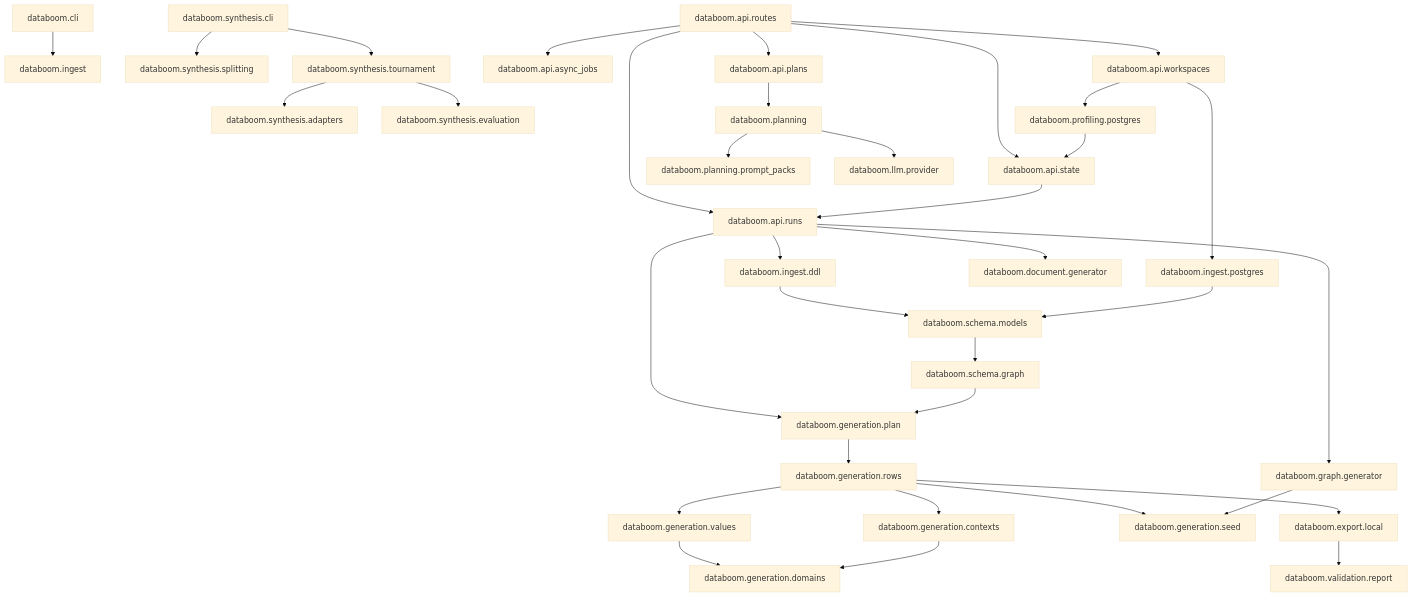
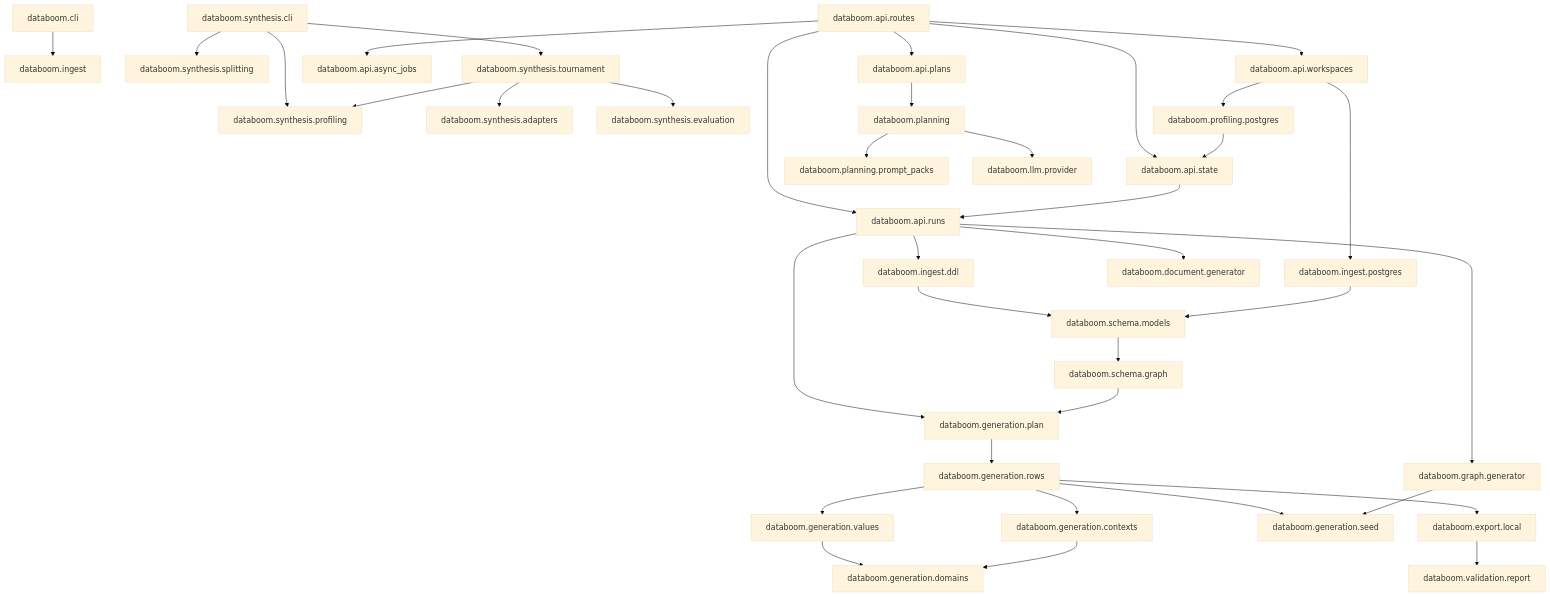
The first of 12 diagrams in docs/engineering/low-level-design.md (smitzo/DataBoom), drawn with Mermaid (base theme) before and after one commit. The commit also changed other lines of this file and 20 other files, not shown here.

````diff
--- a/docs/engineering/low-level-design.md
+++ b/docs/engineering/low-level-design.md
@@ -7,41 +7,43 @@
 ```mermaid
 flowchart TD
     CLI[databoom.cli] --> Ingest[databoom.ingest]
     MLCLI[databoom.synthesis.cli] --> Split[databoom.synthesis.splitting]
+    MLCLI --> StatsProfile[databoom.synthesis.profiling]
     MLCLI --> Tournament[databoom.synthesis.tournament]
     Tournament --> Adapters[databoom.synthesis.adapters]
     Tournament --> Quality[databoom.synthesis.evaluation]
+    Tournament --> StatsProfile
     API[databoom.api.routes] --> Runs[databoom.api.runs]
     API --> Async[databoom.api.async_jobs]
     API --> State[databoom.api.state]
     API --> Workspaces[databoom.api.workspaces]
     API --> PlanRoutes[databoom.api.plans]
     PlanRoutes --> Planner[databoom.planning]
     Planner --> PromptPacks[databoom.planning.prompt_packs]
     Planner --> ProviderPolicy[databoom.llm.provider]
 
     Workspaces --> IngestPostgres[databoom.ingest.postgres]
     Workspaces --> Profiling[databoom.profiling.postgres]
     Runs --> IngestDDL[databoom.ingest.ddl]
     Runs --> Planning[databoom.generation.plan]
     Runs --> Document[databoom.document.generator]
     Runs --> GraphBoom[databoom.graph.generator]
 
     IngestDDL --> Schema[databoom.schema.models]
     IngestPostgres --> Schema
     Schema --> Graph[databoom.schema.graph]
     Graph --> Planning
 
     Planning --> Rows[databoom.generation.rows]
     Rows --> Values[databoom.generation.values]
     Rows --> Contexts[databoom.generation.contexts]
     Rows --> Seed[databoom.generation.seed]
     Values --> Domains[databoom.generation.domains]
     Contexts --> Domains
 
     Rows --> Export[databoom.export.local]
     GraphBoom --> Seed
     Export --> Validation[databoom.validation.report]
     Profiling --> State
     State --> Runs
 ```
````
